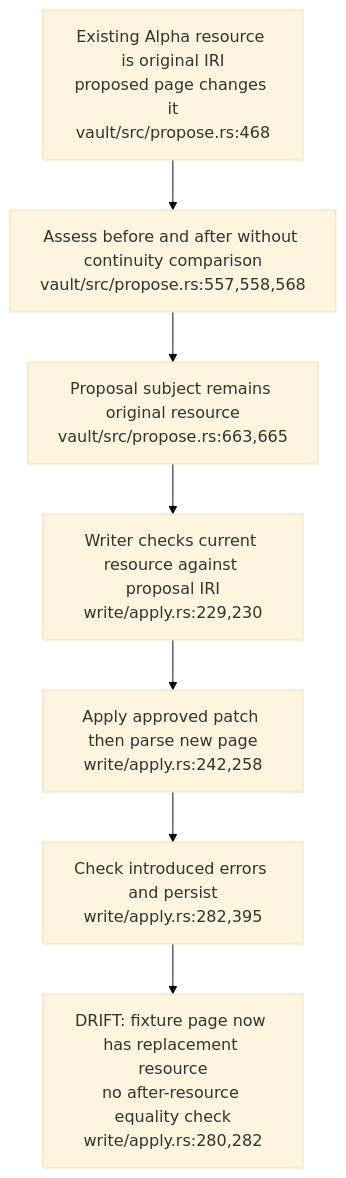
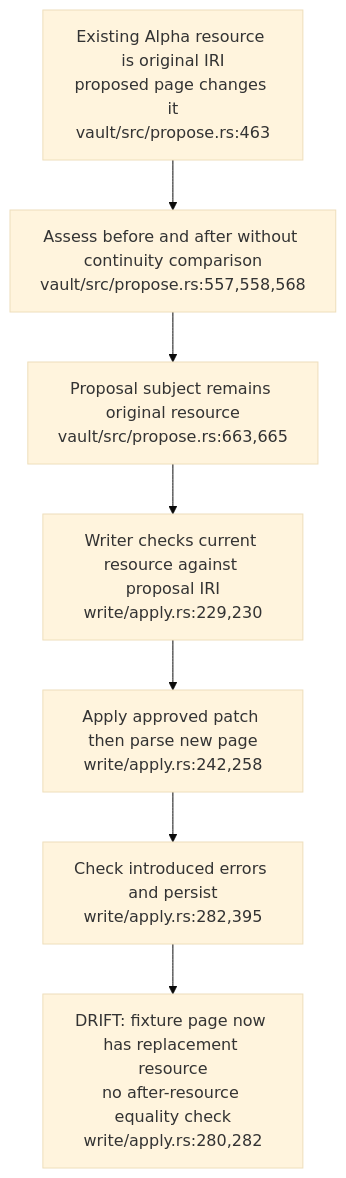
The fourth of 4 diagrams in docs/diagrams/visionclaw/41-proposal-construction-and-consumer-scope.md (DreamLab-AI/VisionFlow), drawn with Mermaid (base theme) before and after one commit. The commit also changed other lines of this file and 173 other files, not shown here.

````diff
--- a/docs/diagrams/visionclaw/41-proposal-construction-and-consumer-scope.md
+++ b/docs/diagrams/visionclaw/41-proposal-construction-and-consumer-scope.md
@@ -88,9 +88,9 @@
 ```mermaid
 flowchart TD
-    B["Existing Alpha resource is original IRI<br/>proposed page changes it<br/>vault/src/propose.rs:468"] --> P["Assess before and after without continuity comparison<br/>vault/src/propose.rs:557,558,568"]
+    B["Existing Alpha resource is original IRI<br/>proposed page changes it<br/>vault/src/propose.rs:463"] --> P["Assess before and after without continuity comparison<br/>vault/src/propose.rs:557,558,568"]
     P --> S["Proposal subject remains original resource<br/>vault/src/propose.rs:663,665"]
     S --> OLD["Writer checks current resource against proposal IRI<br/>write/apply.rs:229,230"]
     OLD --> PATCH["Apply approved patch then parse new page<br/>write/apply.rs:242,258"]
     PATCH --> V["Check introduced errors and persist<br/>write/apply.rs:282,395"]
     V --> NEW["DRIFT: fixture page now has replacement resource<br/>no after-resource equality check<br/>write/apply.rs:280,282"]
 ```
````
